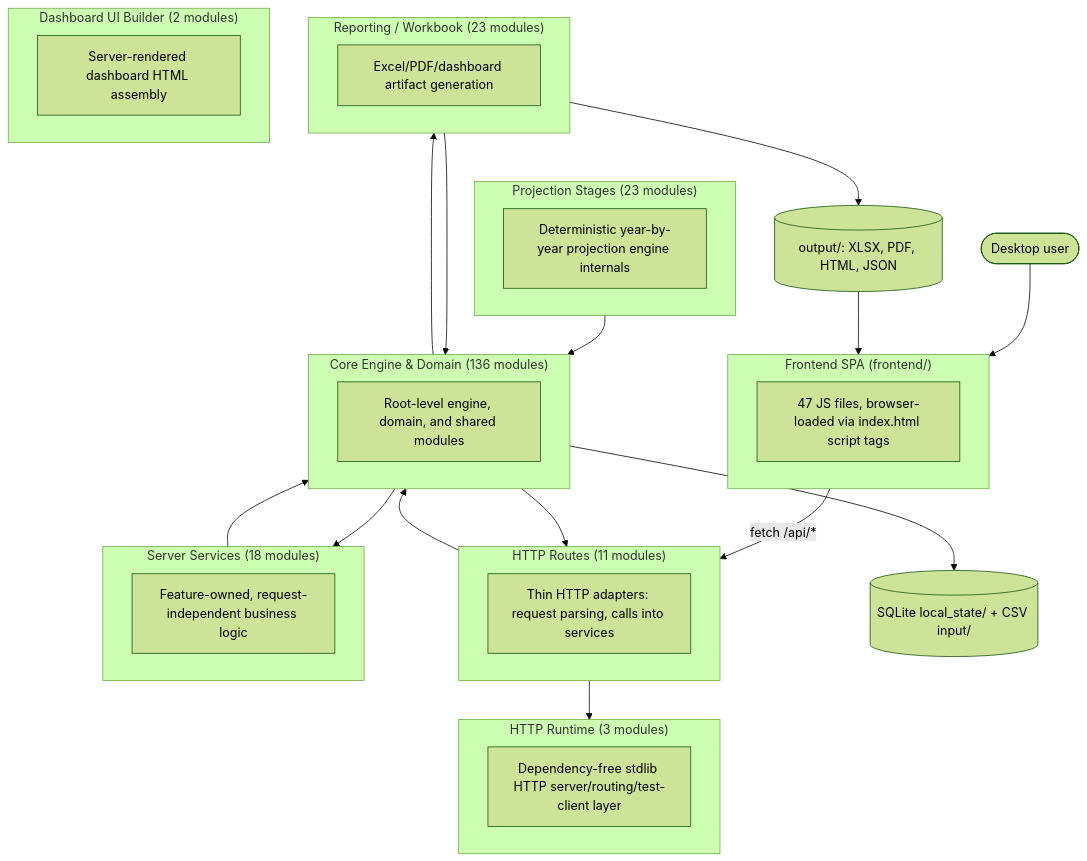
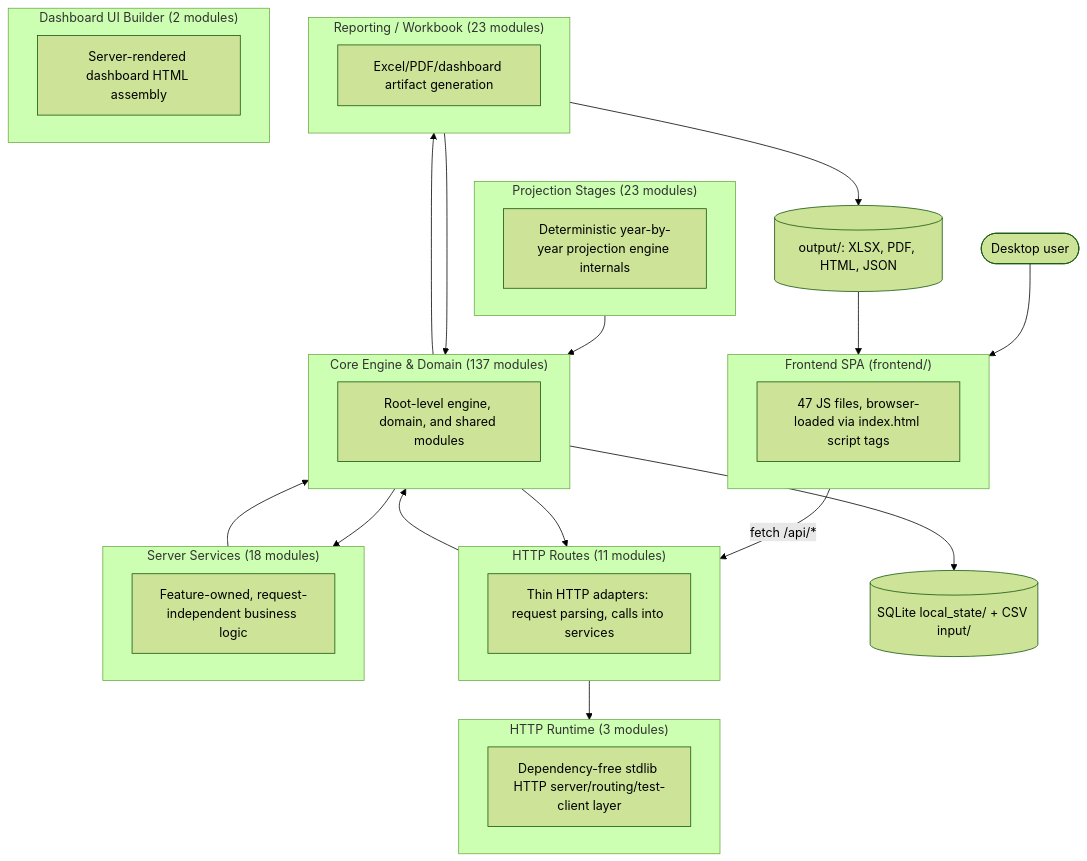
The first of 2 diagrams in documentation/reference/SYSTEM_ARCHITECTURE_DIAGRAM.md (matthartzman/retirement_system), drawn with Mermaid (forest theme) before and after one commit. The commit also changed other lines of this file and 2 other files, not shown here.

````diff
--- a/documentation/reference/SYSTEM_ARCHITECTURE_DIAGRAM.md
+++ b/documentation/reference/SYSTEM_ARCHITECTURE_DIAGRAM.md
@@ -11,40 +11,40 @@
 ```mermaid
 flowchart TB
     User(["Desktop user"]) --> FE
     subgraph FE["Frontend SPA (frontend/)"]
         FEcount["47 JS files, browser-loaded via index.html script tags"]
     end
     FE -->|fetch /api/*| L_HTTP_Routes
     subgraph L_HTTP_Routes["HTTP Routes (11 modules)"]
         L_HTTP_Routes_d["Thin HTTP adapters: request parsing, calls into services"]
     end
     subgraph L_Server_Services["Server Services (18 modules)"]
         L_Server_Services_d["Feature-owned, request-independent business logic"]
     end
     subgraph L_HTTP_Runtime["HTTP Runtime (3 modules)"]
         L_HTTP_Runtime_d["Dependency-free stdlib HTTP server/routing/test-client layer"]
     end
-    subgraph L_Core_Engine___Domain["Core Engine & Domain (136 modules)"]
+    subgraph L_Core_Engine___Domain["Core Engine & Domain (137 modules)"]
         L_Core_Engine___Domain_d["Root-level engine, domain, and shared modules"]
     end
     subgraph L_Projection_Stages["Projection Stages (23 modules)"]
         L_Projection_Stages_d["Deterministic year-by-year projection engine internals"]
     end
     subgraph L_Reporting___Workbook["Reporting / Workbook (23 modules)"]
         L_Reporting___Workbook_d["Excel/PDF/dashboard artifact generation"]
     end
     subgraph L_Dashboard_UI_Builder["Dashboard UI Builder (2 modules)"]
         L_Dashboard_UI_Builder_d["Server-rendered dashboard HTML assembly"]
     end
     L_Core_Engine___Domain --> L_HTTP_Routes
     L_Core_Engine___Domain --> L_Reporting___Workbook
     L_Core_Engine___Domain --> L_Server_Services
     L_HTTP_Routes --> L_Core_Engine___Domain
     L_HTTP_Routes --> L_HTTP_Runtime
     L_Projection_Stages --> L_Core_Engine___Domain
     L_Reporting___Workbook --> L_Core_Engine___Domain
     L_Server_Services --> L_Core_Engine___Domain
     L_Core_Engine___Domain --> DB[("SQLite local_state/ + CSV input/")]
     L_Reporting___Workbook --> Outputs[("output/: XLSX, PDF, HTML, JSON")]
     Outputs --> FE
 ```
````
